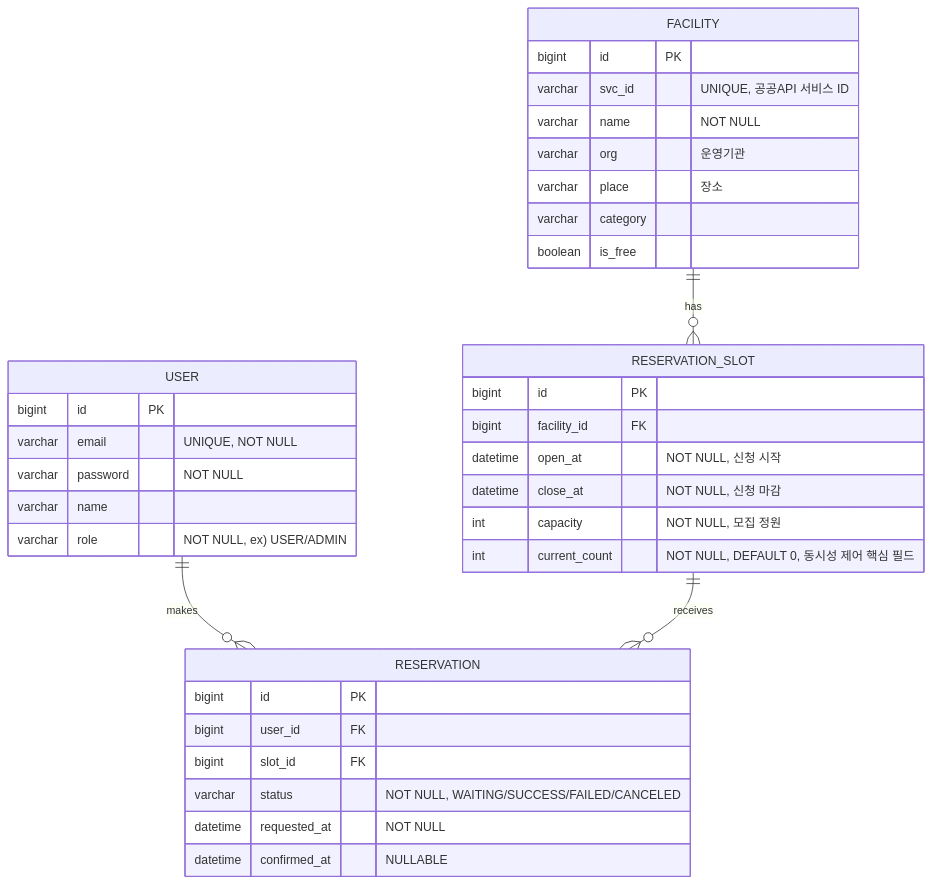
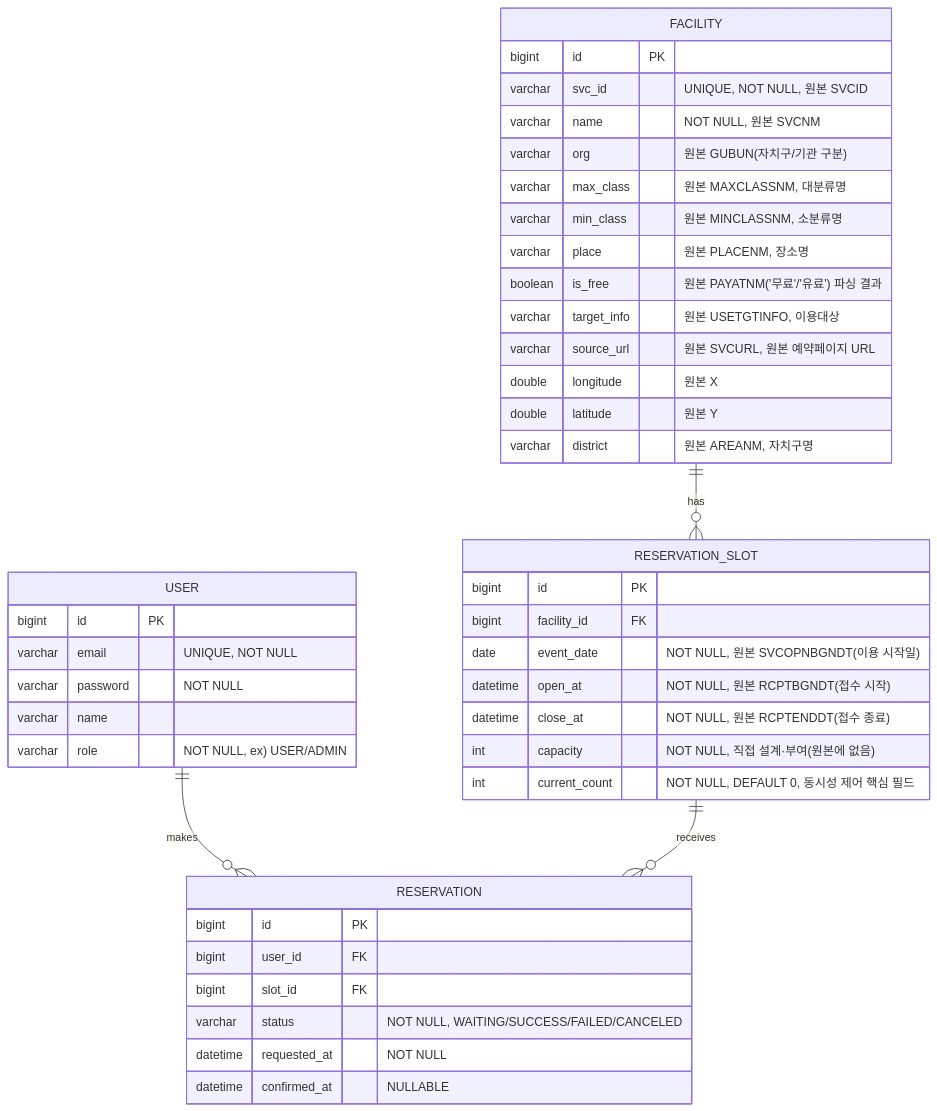
The diagram in README.md (NSU-OOP-ProJect-26th/GongGong_BE), drawn with Mermaid before and after one commit. The commit also changed other lines of this file, not shown here.

````diff
--- a/README.md
+++ b/README.md
@@ -105,42 +120,49 @@
 ```mermaid
 erDiagram
     USER ||--o{ RESERVATION : "makes"
     FACILITY ||--o{ RESERVATION_SLOT : "has"
     RESERVATION_SLOT ||--o{ RESERVATION : "receives"
 
     USER {
         bigint id PK
         varchar email "UNIQUE, NOT NULL"
         varchar password "NOT NULL"
         varchar name
         varchar role "NOT NULL, ex) USER/ADMIN"
     }
 
     FACILITY {
         bigint id PK
-        varchar svc_id "UNIQUE, 공공API 서비스 ID"
-        varchar name "NOT NULL"
-        varchar org "운영기관"
-        varchar place "장소"
-        varchar category
-        boolean is_free
+        varchar svc_id "UNIQUE, NOT NULL, 원본 SVCID"
+        varchar name "NOT NULL, 원본 SVCNM"
+        varchar org "원본 GUBUN(자치구/기관 구분)"
+        varchar max_class "원본 MAXCLASSNM, 대분류명"
+        varchar min_class "원본 MINCLASSNM, 소분류명"
+        varchar place "원본 PLACENM, 장소명"
+        boolean is_free "원본 PAYATNM('무료'/'유료') 파싱 결과"
+        varchar target_info "원본 USETGTINFO, 이용대상"
+        varchar source_url "원본 SVCURL, 원본 예약페이지 URL"
+        double longitude "원본 X"
+        double latitude "원본 Y"
+        varchar district "원본 AREANM, 자치구명"
     }
 
     RESERVATION_SLOT {
         bigint id PK
         bigint facility_id FK
-        datetime open_at "NOT NULL, 신청 시작"
-        datetime close_at "NOT NULL, 신청 마감"
-        int capacity "NOT NULL, 모집 정원"
+        date event_date "NOT NULL, 원본 SVCOPNBGNDT(이용 시작일)"
+        datetime open_at "NOT NULL, 원본 RCPTBGNDT(접수 시작)"
+        datetime close_at "NOT NULL, 원본 RCPTENDDT(접수 종료)"
+        int capacity "NOT NULL, 직접 설계·부여(원본에 없음)"
         int current_count "NOT NULL, DEFAULT 0, 동시성 제어 핵심 필드"
     }
 
     RESERVATION {
         bigint id PK
         bigint user_id FK
         bigint slot_id FK
         varchar status "NOT NULL, WAITING/SUCCESS/FAILED/CANCELED"
         datetime requested_at "NOT NULL"
         datetime confirmed_at "NULLABLE"
     }
 ```
````
